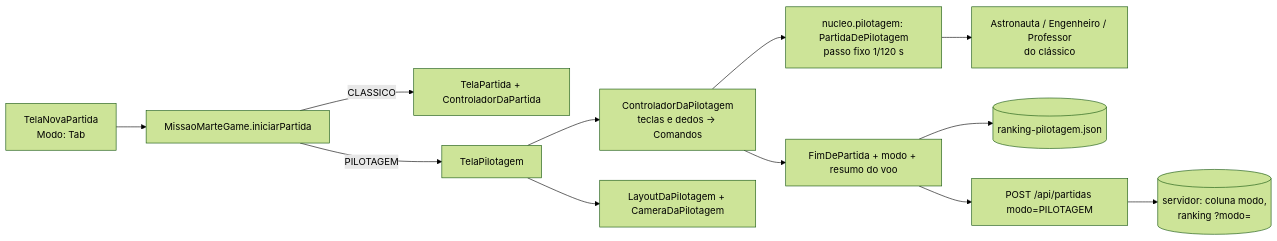
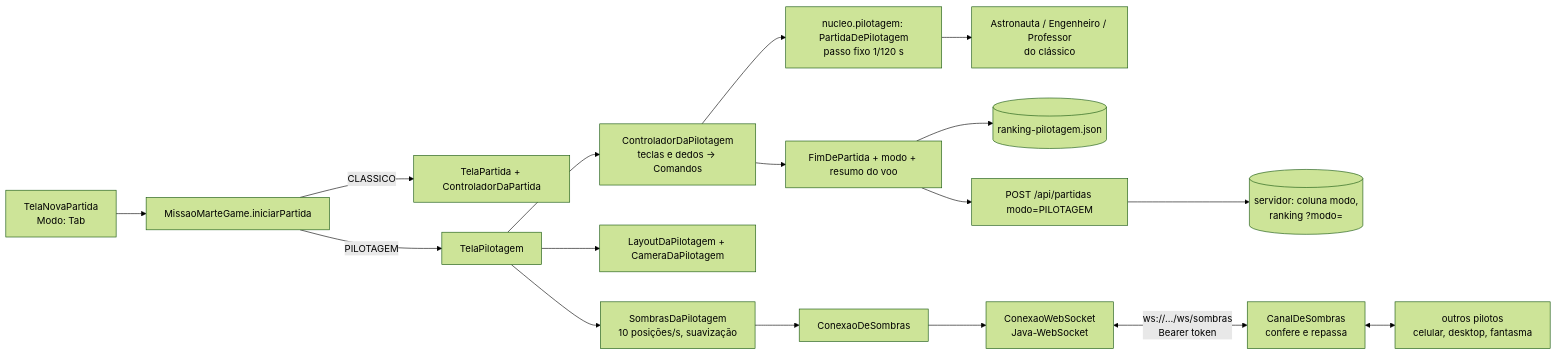
One commit to thebylito/missao-marte-unifor changed the second of 2 diagrams in docs/fase-07-tutorial.md. Above: the diagram before and after it, drawn with Mermaid (forest theme). The commit also changed other lines of this file and 10 other files, not shown here.

````diff
--- a/docs/fase-07-tutorial.md
+++ b/docs/fase-07-tutorial.md
@@ -198,14 +221,19 @@
 ```mermaid
 flowchart LR
     Nova[TelaNovaPartida<br/>Modo: Tab] --> Jogo[MissaoMarteGame.iniciarPartida]
     Jogo -- CLASSICO --> Classica[TelaPartida + ControladorDaPartida]
     Jogo -- PILOTAGEM --> Voo[TelaPilotagem]
     Voo --> Ctrl[ControladorDaPilotagem<br/>teclas e dedos -> Comandos]
     Voo --> Layout[LayoutDaPilotagem + CameraDaPilotagem]
     Ctrl --> Dominio[nucleo.pilotagem: PartidaDePilotagem<br/>passo fixo 1/120 s]
     Dominio --> Passageiros[Astronauta / Engenheiro / Professor<br/>do clássico]
     Ctrl --> Fim[FimDePartida + modo + resumo do voo]
     Fim --> RankingLocal[(ranking-pilotagem.json)]
     Fim --> API[POST /api/partidas modo=PILOTAGEM]
     API --> Servidor[(servidor: coluna modo,<br/>ranking ?modo=)]
+    Voo --> Sombras[SombrasDaPilotagem<br/>10 posições/s, suavização]
+    Sombras --> Porta[ConexaoDeSombras]
+    Porta --> WS[ConexaoWebSocket<br/>Java-WebSocket]
+    WS <-- "ws://.../ws/sombras<br/>Bearer token" --> Canal[CanalDeSombras<br/>confere e repassa]
+    Canal <--> Outros[outros pilotos<br/>celular, desktop, fantasma]
 ```
````
